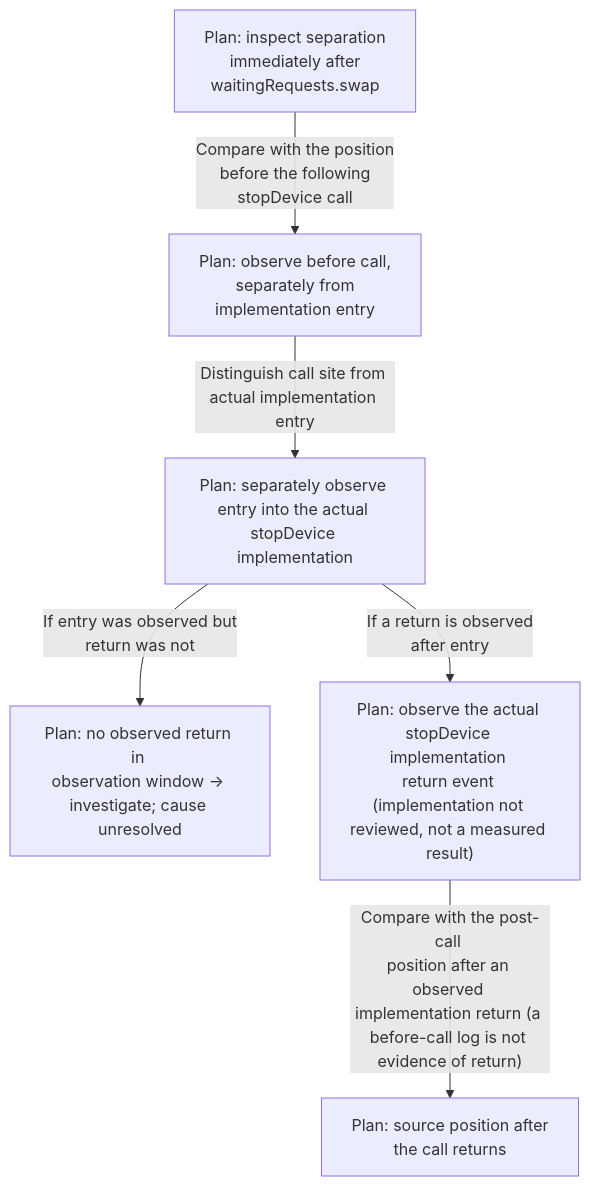
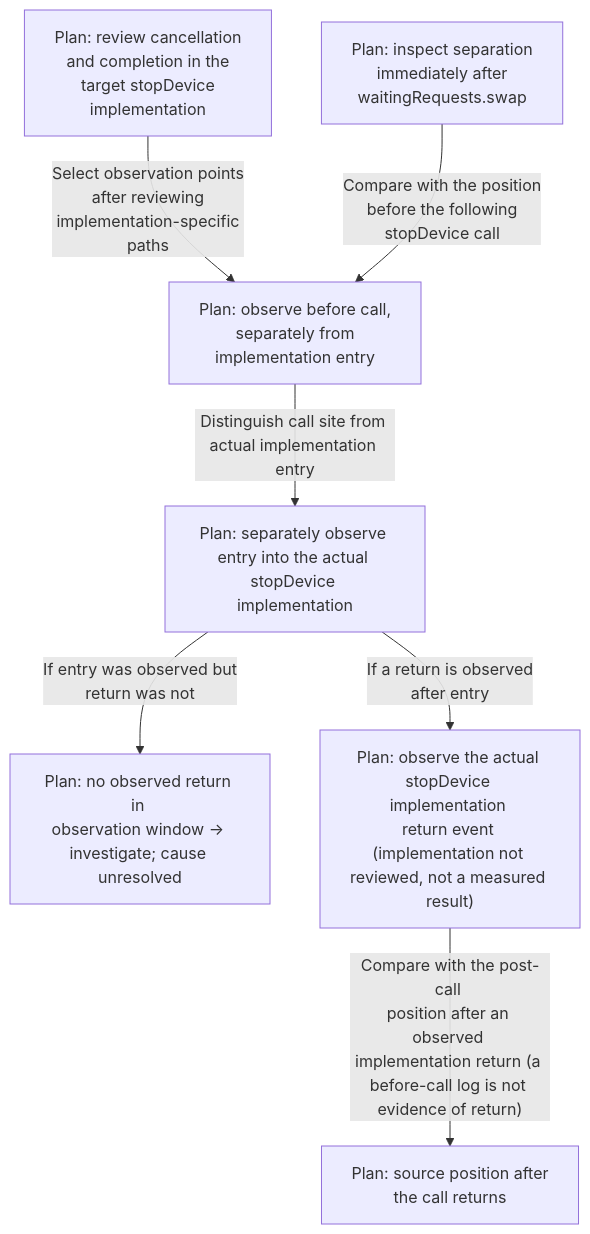
One commit to TTolsun/libcamera-sdd changed the diagram in docs/en/request-lifecycle.stop-device-observation-plan.mmd. Above: the diagram before and after it, drawn with Mermaid. The commit also changed 79 other files, not shown here.

```diff
--- a/docs/en/request-lifecycle.stop-device-observation-plan.mmd
+++ b/docs/en/request-lifecycle.stop-device-observation-plan.mmd
@@ -1,13 +1,15 @@
 flowchart TB
 
+  v_review["Plan: review cancellation <br/>and completion in the <br/>target stopDevice <br/>implementation"]
   v_detach["Plan: inspect separation <br/>immediately after <br/>waitingRequests.swap"]
   v_before["Plan: observe before call, <br/>separately from <br/>implementation entry"]
   v_call["Plan: separately observe <br/>entry into the actual <br/>stopDevice implementation"]
   v_after["Plan: source position after <br/>the call returns"]
   v_unreturned["Plan: no observed return in <br/>observation window → <br/>investigate; cause <br/>unresolved"]
   v_implementation-return["Plan: observe the actual <br/>stopDevice implementation <br/>return event <br/>#40;implementation not <br/>reviewed, not a measured <br/>result#41;"]
+  v_review -->|"Select observation points <br/>after reviewing <br/>implementation-specific <br/>paths"| v_before
   v_detach -->|"Compare with the position <br/>before the following <br/>stopDevice call"| v_before
   v_before -->|"Distinguish call site from <br/>actual implementation entry"| v_call
   v_call -->|"If a return is observed <br/>after entry"| v_implementation-return
   v_call -->|"If entry was observed but <br/>return was not"| v_unreturned
   v_implementation-return -->|"Compare with the post-call <br/>position after an observed <br/>implementation return #40;a <br/>before-call log is not <br/>evidence of return#41;"| v_after
```
